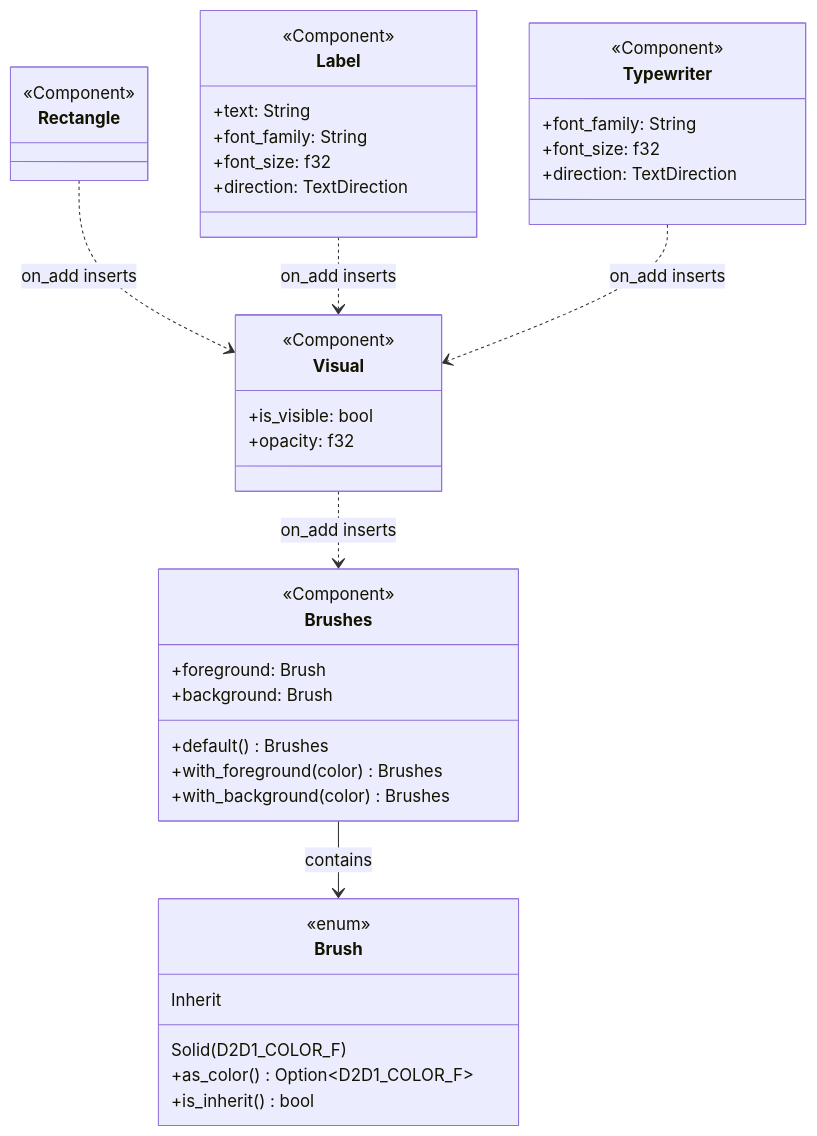
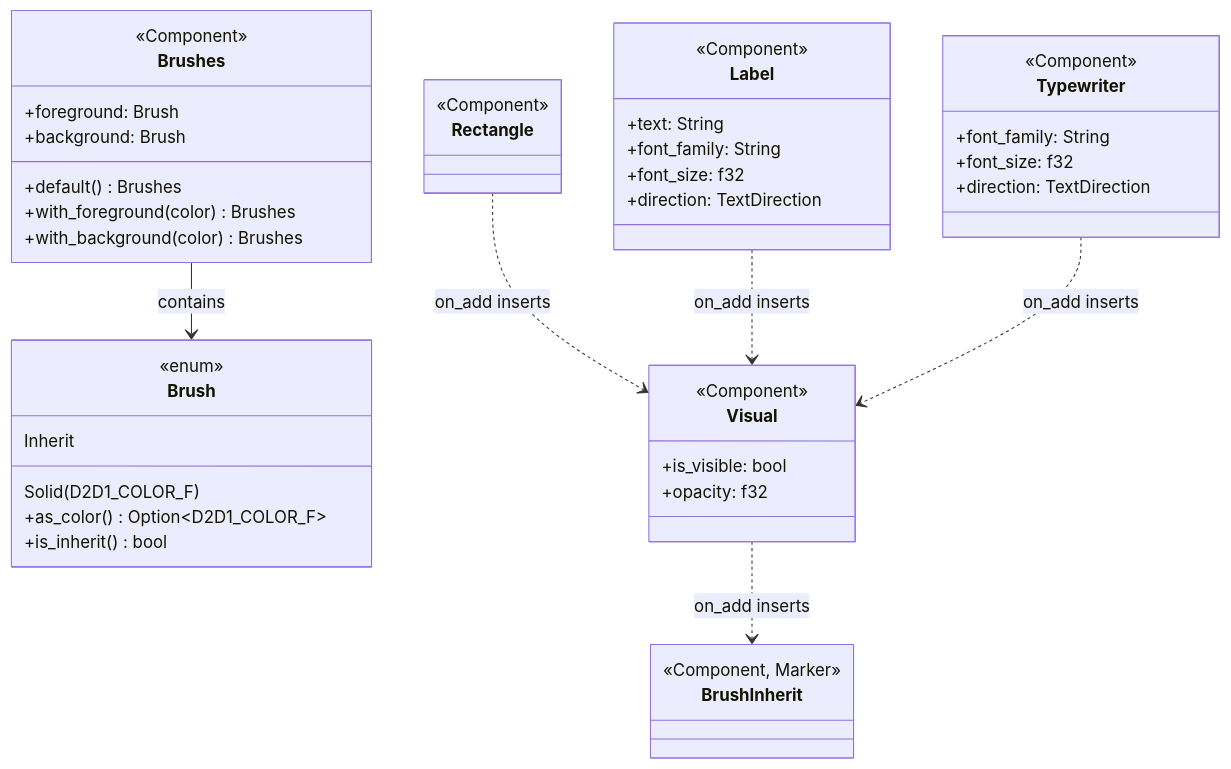
The fourth of 4 diagrams in .kiro/specs/brush-component-separation/design.md (ekicyou/dcomp_sample-rs), drawn with Mermaid before and after one commit. The commit also changed other lines of this file and 1 other file, not shown here.

First line of the commit message:
議題8: BrushInheritマーカー方式・Drawスケジュール採用

````diff
--- a/.kiro/specs/brush-component-separation/design.md
+++ b/.kiro/specs/brush-component-separation/design.md
@@ -475,50 +489,54 @@
 ```mermaid
 classDiagram
     class Brush {
         <<enum>>
         Inherit
         Solid(D2D1_COLOR_F)
         +as_color() Option~D2D1_COLOR_F~
         +is_inherit() bool
     }
     
     class Brushes {
         <<Component>>
         +foreground: Brush
         +background: Brush
         +default() Brushes
         +with_foreground(color) Brushes
         +with_background(color) Brushes
     }
     
     class Visual {
         <<Component>>
         +is_visible: bool
         +opacity: f32
     }
     
     class Rectangle {
         <<Component>>
     }
     
     class Label {
         <<Component>>
         +text: String
         +font_family: String
         +font_size: f32
         +direction: TextDirection
     }
     
     class Typewriter {
         <<Component>>
         +font_family: String
         +font_size: f32
         +direction: TextDirection
     }
     
+    class BrushInherit {
+        <<Component, Marker>>
+    }
+    
     Brushes --> Brush : contains
-    Visual ..> Brushes : on_add inserts
+    Visual ..> BrushInherit : on_add inserts
     Rectangle ..> Visual : on_add inserts
     Label ..> Visual : on_add inserts
     Typewriter ..> Visual : on_add inserts
 ```
````
